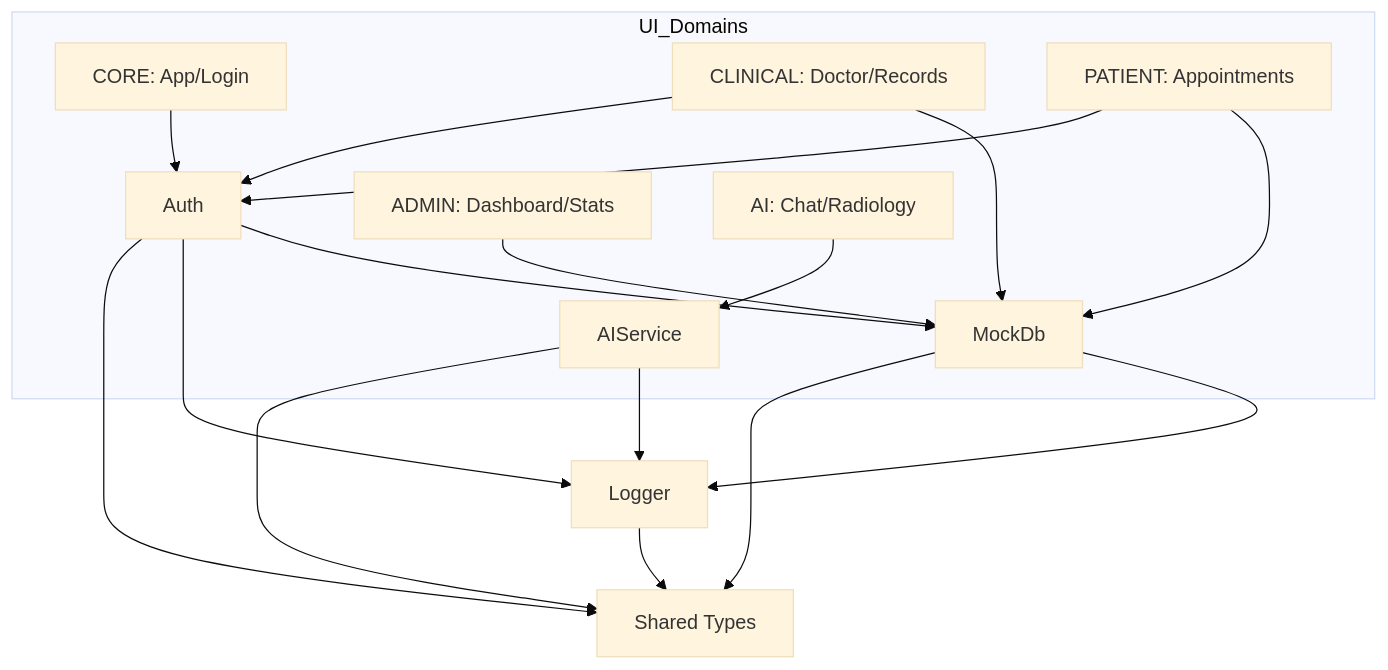
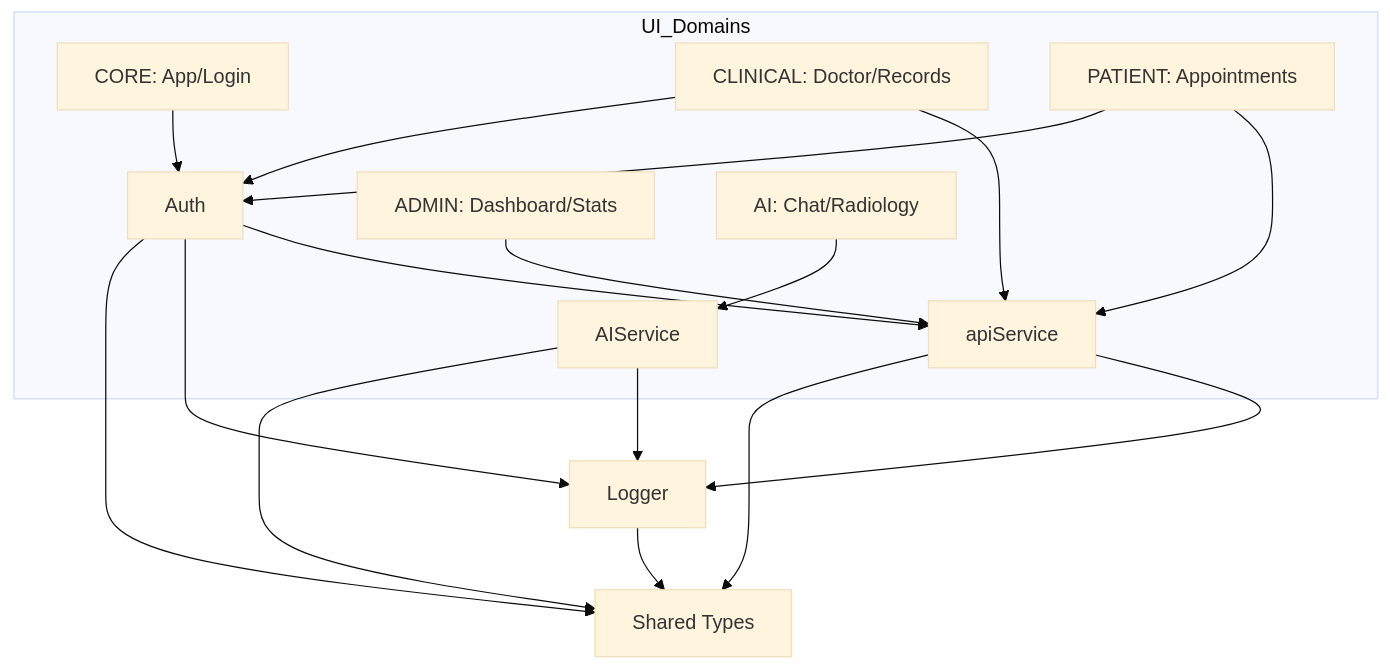
Before and after one commit to heavey0027/meddata-hub: the second of 2 diagrams in docs/FRONTEND/FRONTEND_ARCHITECTURE.md, drawn with Mermaid (base theme). The commit also changed other lines of this file and 25 other files, not shown here.

````diff
--- a/docs/FRONTEND/FRONTEND_ARCHITECTURE.md
+++ b/docs/FRONTEND/FRONTEND_ARCHITECTURE.md
@@ -100,20 +100,20 @@
 ```mermaid
 graph TD
     %% 核心层级
     Types[Shared Types]
     
     %% 服务层依赖
     Logger --> Types
-    MockDb --> Logger & Types
-    Auth --> MockDb & Logger & Types
+    apiService --> Logger & Types
+    Auth --> apiService & Logger & Types
     AIService --> Logger & Types
 
     %% UI 业务域依赖
     subgraph UI_Domains
         Core[CORE: App/Login] --> Auth
-        Clinical[CLINICAL: Doctor/Records] --> MockDb & Auth
-        Admin[ADMIN: Dashboard/Stats] --> MockDb
-        Patient[PATIENT: Appointments] --> MockDb & Auth
+        Clinical[CLINICAL: Doctor/Records] --> apiService & Auth
+        Admin[ADMIN: Dashboard/Stats] --> apiService
+        Patient[PATIENT: Appointments] --> apiService & Auth
         AI_UI[AI: Chat/Radiology] --> AIService
     end
 ```
````
